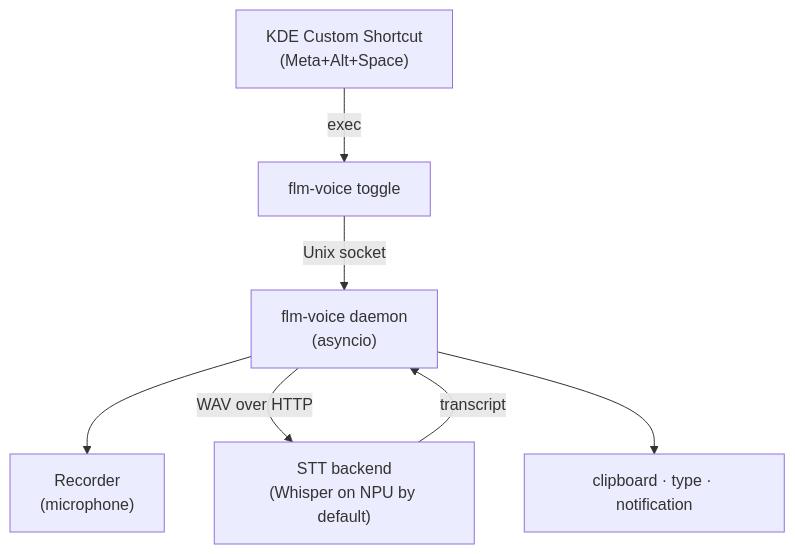
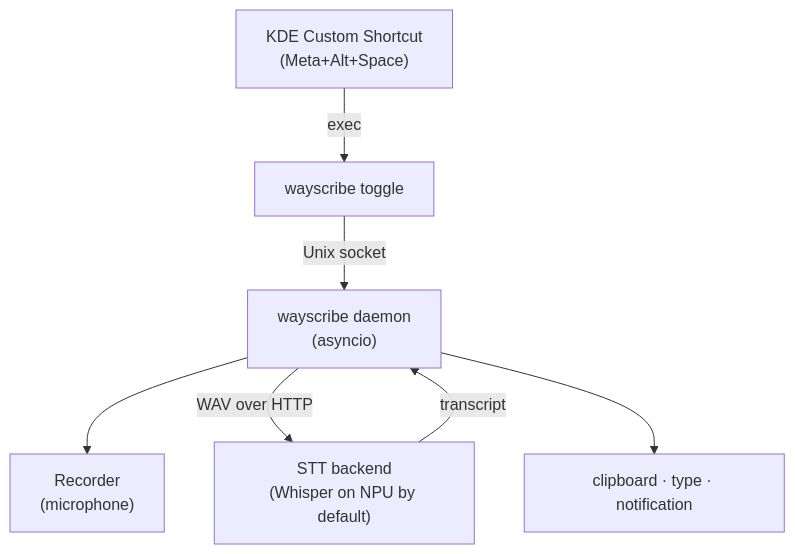
The diagram in README.md (vlad4run/wayscribe), drawn with Mermaid before and after one commit. The commit also changed other lines of this file and 32 other files, not shown here.

First line of the commit message:
refactor: rename flm-voice -> wayscribe

````diff
--- a/README.md
+++ b/README.md
@@ -21,9 +21,9 @@
 ```mermaid
 flowchart TD
-    KDE["KDE Custom Shortcut<br/>(Meta+Alt+Space)"] -->|exec| Toggle["flm-voice toggle"]
-    Toggle -->|Unix socket| Daemon["flm-voice daemon<br/>(asyncio)"]
+    KDE["KDE Custom Shortcut<br/>(Meta+Alt+Space)"] -->|exec| Toggle["wayscribe toggle"]
+    Toggle -->|Unix socket| Daemon["wayscribe daemon<br/>(asyncio)"]
     Daemon --> Recorder["Recorder<br/>(microphone)"]
     Daemon -->|WAV over HTTP| Backend["STT backend<br/>(Whisper on NPU by default)"]
     Backend -->|transcript| Daemon
     Daemon --> Output["clipboard · type · notification"]
 ```
````
